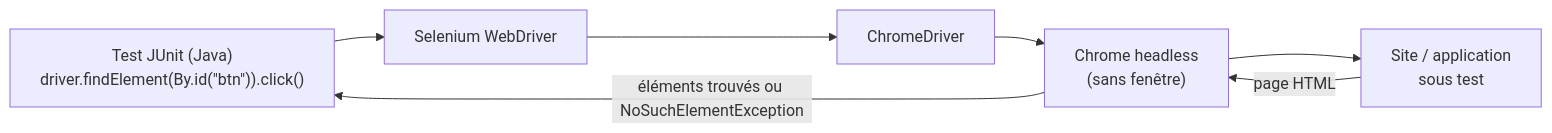
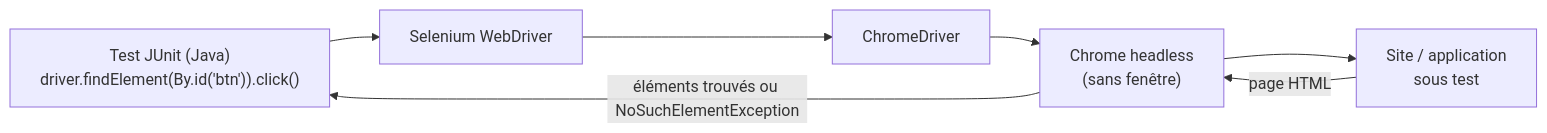
The second of 6 diagrams in lab/TP11-selenium.md (hajjiBel/DOTOOL), drawn with Mermaid before and after one commit. The commit also changed other lines of this file, not shown here.

````diff
--- a/lab/TP11-selenium.md
+++ b/lab/TP11-selenium.md
@@ -55,6 +55,6 @@
 ```mermaid
 flowchart LR
-  T["Test JUnit (Java)<br/>driver.findElement(By.id(&quot;btn&quot;)).click()"] --> WD["Selenium WebDriver"] --> CD["ChromeDriver"] --> CH["Chrome headless<br/>(sans fenêtre)"] --> SITE["Site / application<br/>sous test"]
+  T["Test JUnit (Java)<br/>driver.findElement(By.id('btn')).click()"] --> WD["Selenium WebDriver"] --> CD["ChromeDriver"] --> CH["Chrome headless<br/>(sans fenêtre)"] --> SITE["Site / application<br/>sous test"]
   SITE -->|"page HTML"| CH
   CH -->|"éléments trouvés ou NoSuchElementException"| T
 ```
````
